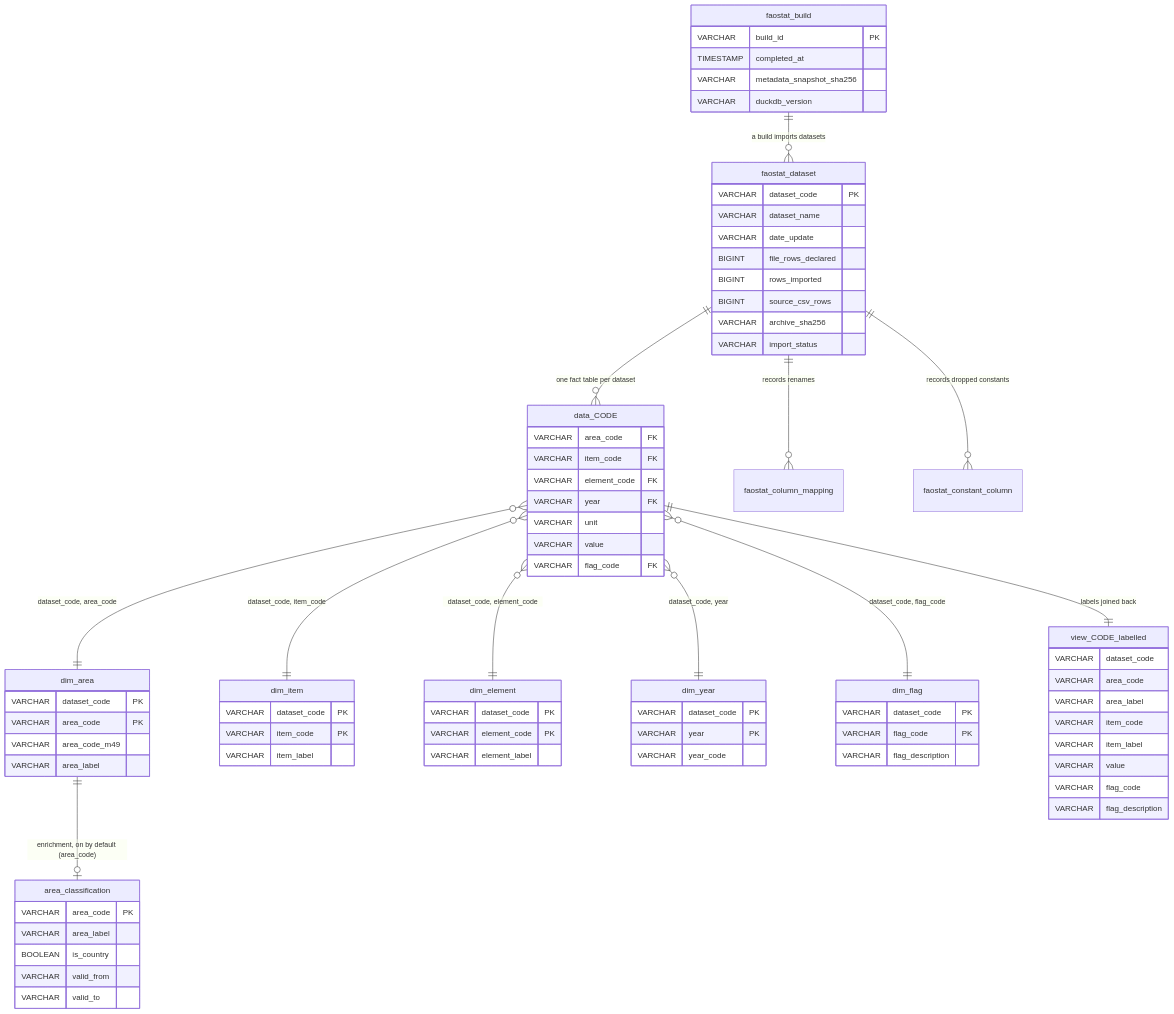
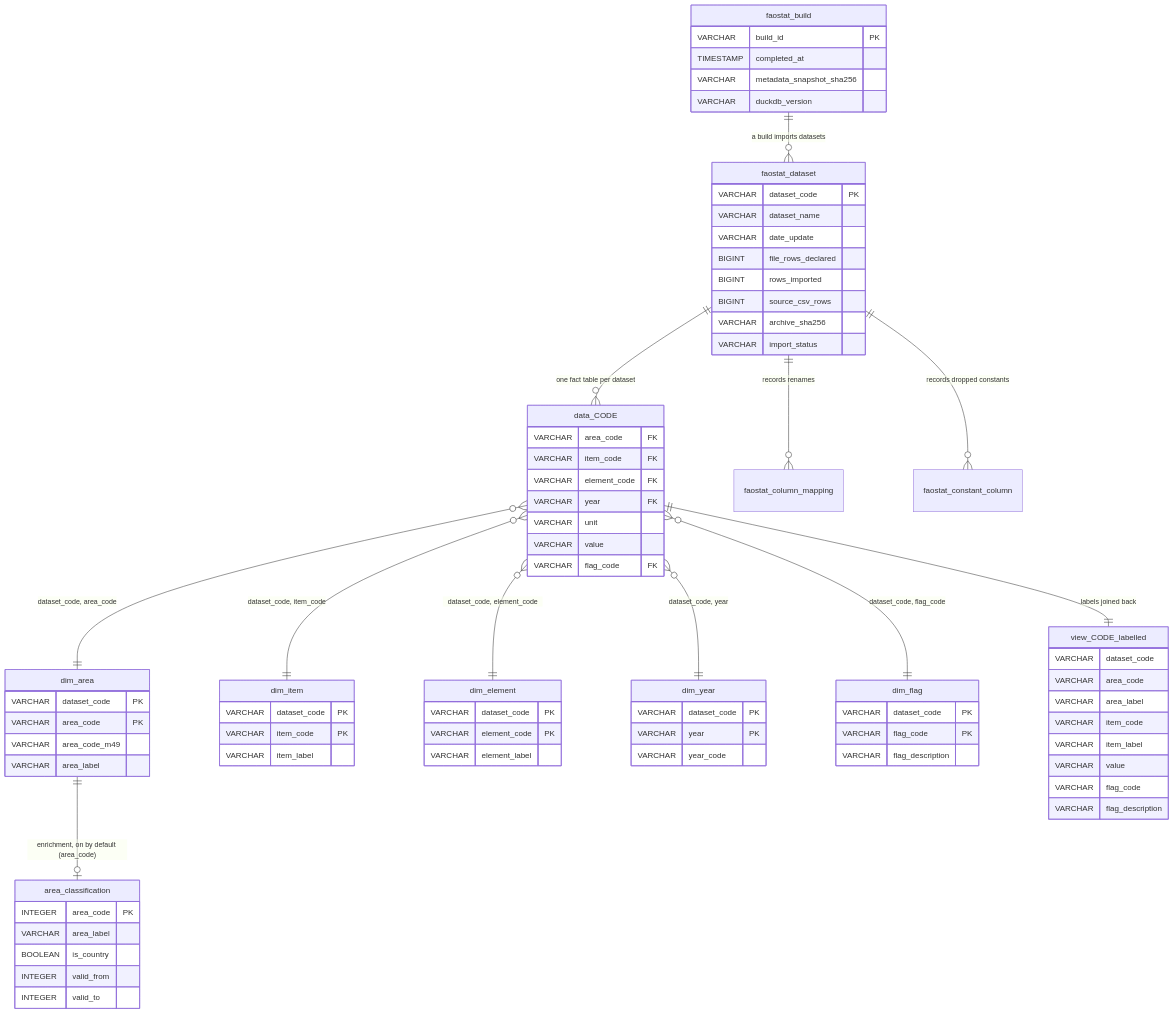
Before and after one commit to clara-roch/faostat-in-duckdb: the diagram in docs/schema.qmd, drawn with Mermaid. The commit also changed 6 other files, not shown here.

````diff
--- a/docs/schema.qmd
+++ b/docs/schema.qmd
@@ -107,10 +107,10 @@
         VARCHAR flag_description
     }
     area_classification {
-        VARCHAR area_code PK
+        INTEGER area_code PK
         VARCHAR area_label
         BOOLEAN is_country
-        VARCHAR valid_from
-        VARCHAR valid_to
+        INTEGER valid_from
+        INTEGER valid_to
     }
 ```
````
